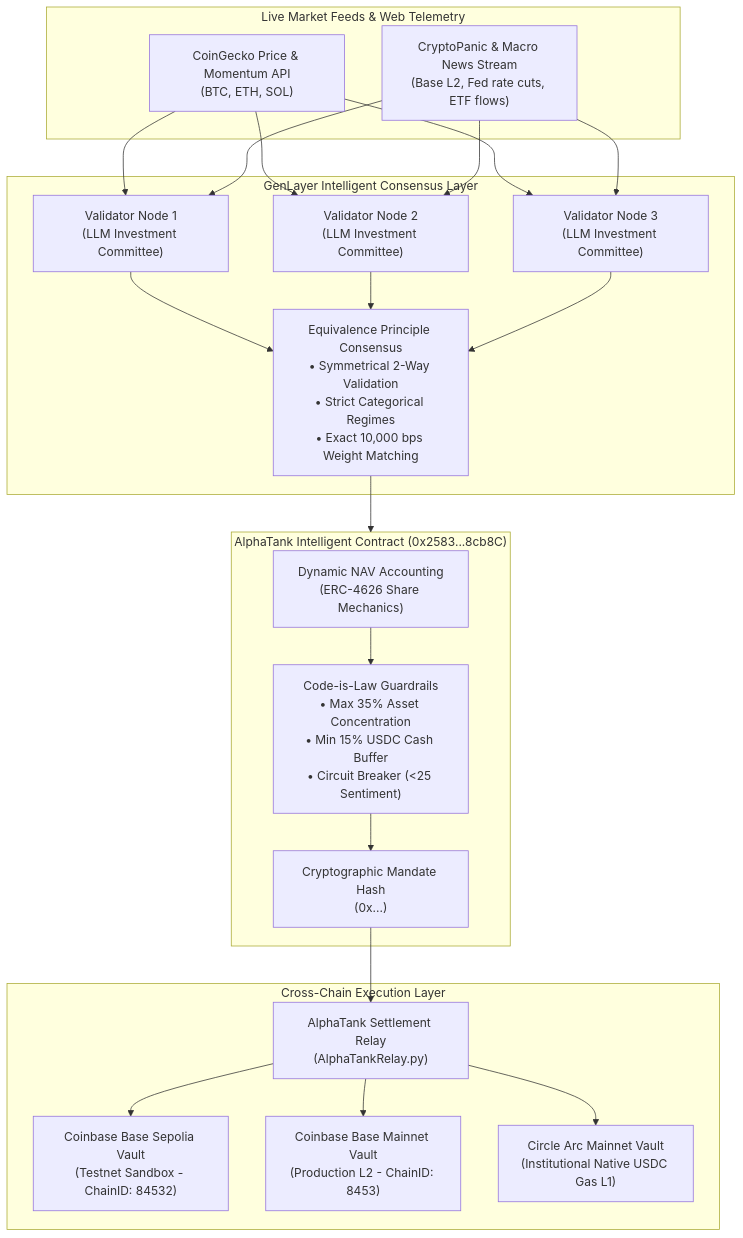
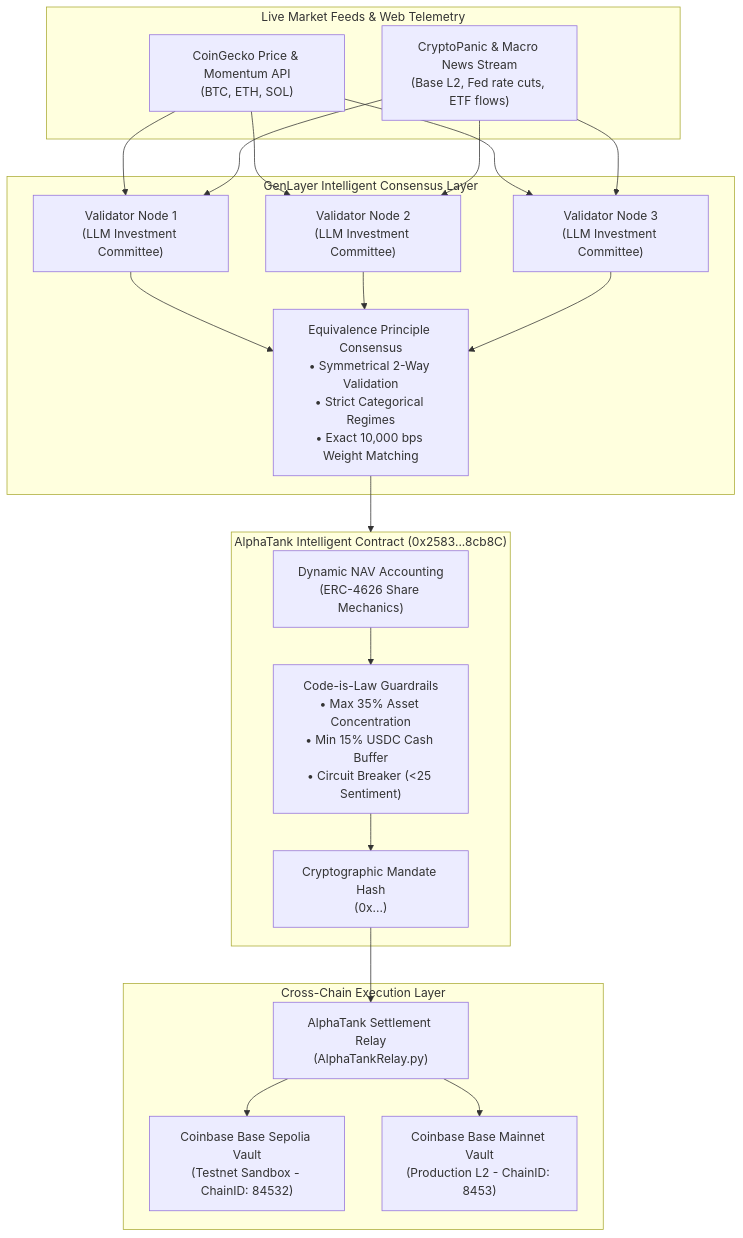
One commit to tumhi4/AlphaTank changed the first of 2 diagrams in README.md. Above: the diagram before and after it, drawn with Mermaid. The commit also changed other lines of this file and 8 other files, not shown here.

Commit message:
feat: hook 100% authentic on-chain telemetry for Base Mainnet and remove all Arc references

````diff
--- a/README.md
+++ b/README.md
@@ -25,37 +25,35 @@
 ```mermaid
 flowchart TD
     subgraph Market_Telemetry["Live Market Feeds & Web Telemetry"]
         CG["CoinGecko Price & Momentum API\n(BTC, ETH, SOL)"]
         CP["CryptoPanic & Macro News Stream\n(Base L2, Fed rate cuts, ETF flows)"]
     end
 
     subgraph GenLayer_Consensus["GenLayer Intelligent Consensus Layer"]
         V1["Validator Node 1\n(LLM Investment Committee)"]
         V2["Validator Node 2\n(LLM Investment Committee)"]
         V3["Validator Node 3\n(LLM Investment Committee)"]
         EQ["Equivalence Principle Consensus\n• Symmetrical 2-Way Validation\n• Strict Categorical Regimes\n• Exact 10,000 bps Weight Matching"]
     end
 
     subgraph AlphaTank_Brain["AlphaTank Intelligent Contract (0x2583...8cb8C)"]
         NAV["Dynamic NAV Accounting\n(ERC-4626 Share Mechanics)"]
         GUARD["Code-is-Law Guardrails\n• Max 35% Asset Concentration\n• Min 15% USDC Cash Buffer\n• Circuit Breaker (<25 Sentiment)"]
         HASH["Cryptographic Mandate Hash\n(0x...)"]
     end
 
     subgraph MultiChain_Settlement["Cross-Chain Execution Layer"]
         RELAY["AlphaTank Settlement Relay\n(AlphaTankRelay.py)"]
         BASE_SEP["Coinbase Base Sepolia Vault\n(Testnet Sandbox - ChainID: 84532)"]
         BASE_MAIN["Coinbase Base Mainnet Vault\n(Production L2 - ChainID: 8453)"]
-        ARC["Circle Arc Mainnet Vault\n(Institutional Native USDC Gas L1)"]
     end
 
     CG --> V1 & V2 & V3
     CP --> V1 & V2 & V3
     V1 & V2 & V3 --> EQ
     EQ --> AlphaTank_Brain
     NAV --> GUARD --> HASH
     HASH --> RELAY
     RELAY --> BASE_SEP
     RELAY --> BASE_MAIN
-    RELAY --> ARC
 ```
````
